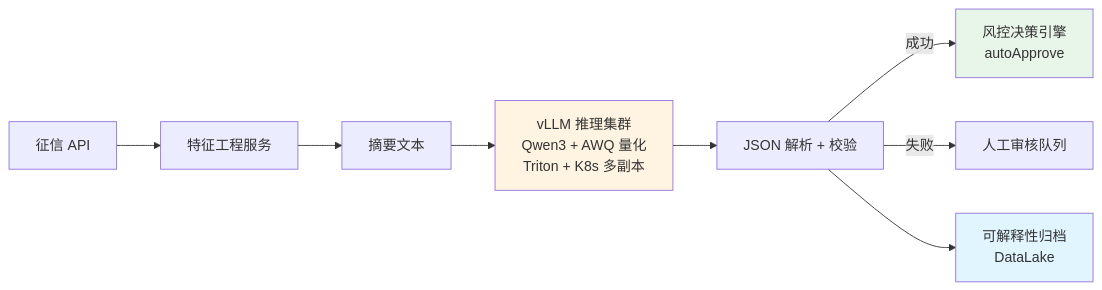
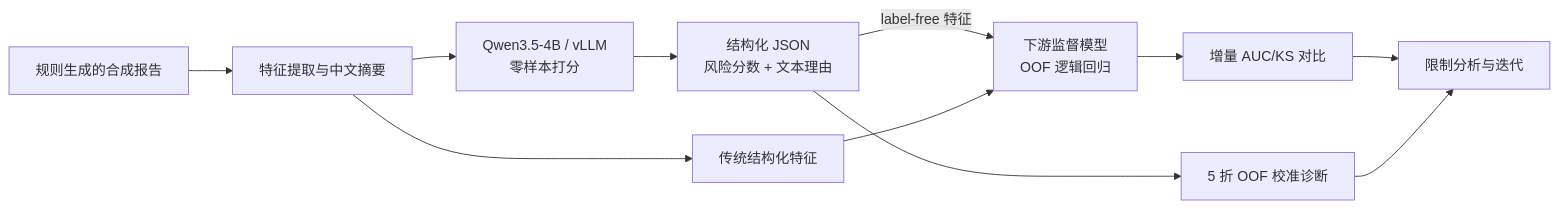
The diagram in README.md (penny618/pboc-report-llm), drawn with Mermaid before and after one commit. The commit also changed other lines of this file and 10 other files, not shown here.

````diff
--- a/README.md
+++ b/README.md
@@ -389,14 +60,13 @@
 ```mermaid
 flowchart LR
-    A[征信 API] --> B[特征工程服务]
-    B --> C[摘要文本]
-    C --> D[vLLM 推理集群<br/>Qwen3 + AWQ 量化<br/>Triton + K8s 多副本]
-    D --> E[JSON 解析 + 校验]
-    E -->|成功| F[风控决策引擎<br/>autoApprove]
-    E -->|失败| G[人工审核队列]
-    E --> H[可解释性归档<br/>DataLake]
-
-    style D fill:#fff4e1
-    style F fill:#e8f5e9
-    style H fill:#e1f5ff
+    A[规则生成的合成报告] --> B[特征提取与中文摘要]
+    B --> C[Qwen3.5-4B / vLLM<br/>零样本打分]
+    C --> D[结构化 JSON<br/>风险分数 + 文本理由]
+    B --> T[传统结构化特征]
+    D -->|label-free 特征| M[下游监督模型<br/>OOF 逻辑回归]
+    T --> M
+    M --> E[增量 AUC/KS 对比]
+    D --> F[5 折 OOF 校准诊断]
+    E --> G[限制分析与迭代]
+    F --> G
 ```
````
